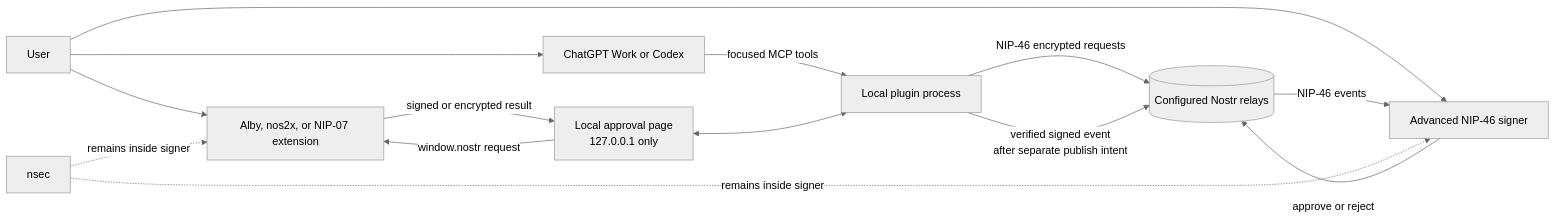
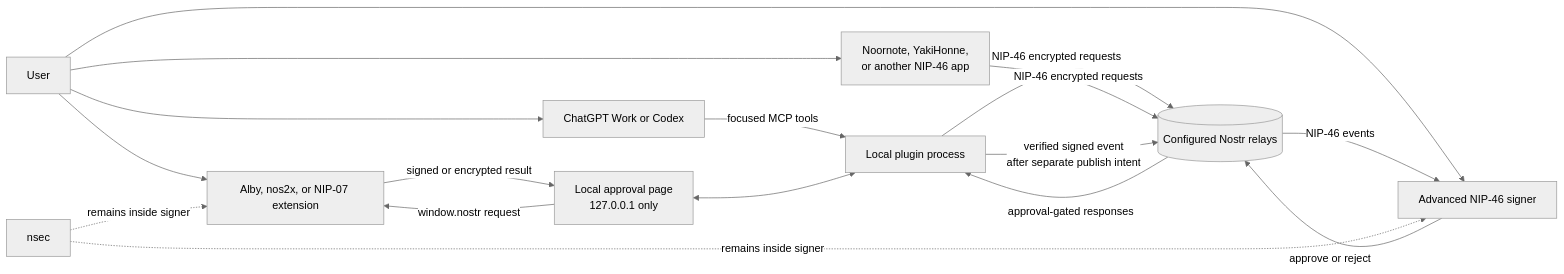
Before and after one commit to hudhaifahz/nostr-signer-chatgpt: the diagram in README.md, drawn with Mermaid (neutral theme). The commit also changed other lines of this file and 26 other files, not shown here.

````diff
--- a/README.md
+++ b/README.md
@@ -36,17 +65,21 @@
 ```mermaid
 flowchart LR
   U[User] --> C[ChatGPT Work or Codex]
   U --> E[Alby, nos2x, or NIP-07 extension]
   U --> S[Advanced NIP-46 signer]
+  U --> A[Noornote, YakiHonne,
+  or another NIP-46 app]
   C -->|focused MCP tools| P[Local plugin process]
   B[Local approval page\n127.0.0.1 only] <--> P
   B -->|window.nostr request| E
   E -->|signed or encrypted result| B
   P -->|NIP-46 encrypted requests| R[(Configured Nostr relays)]
+  A -->|NIP-46 encrypted requests| R
+  R -->|approval-gated responses| P
   R -->|NIP-46 events| S
   S -->|approve or reject| R
   P -->|verified signed event\nafter separate publish intent| R
 
   K[nsec] -. remains inside signer .-> E
   K -. remains inside signer .-> S
 ```
````
